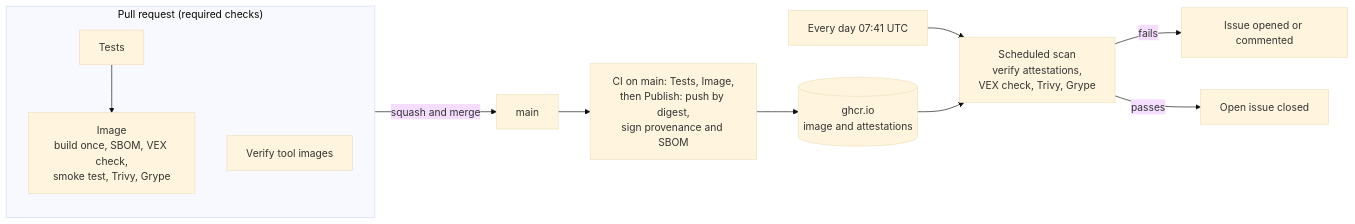
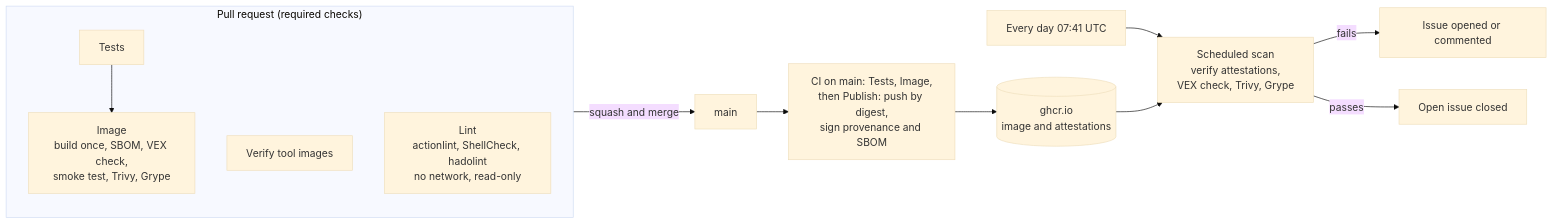
Before and after one commit to ian-k-rebelo/devops-pipeline-e2e: the diagram in docs/ci-security.md, drawn with Mermaid (base theme). The commit also changed other lines of this file and 4 other files, not shown here.

````diff
--- a/docs/ci-security.md
+++ b/docs/ci-security.md
@@ -9,14 +9,15 @@
 ```mermaid
 flowchart LR
   subgraph pr["Pull request (required checks)"]
     tests["Tests"] --> image["Image<br/>build once, SBOM, VEX check,<br/>smoke test, Trivy, Grype"]
     tools["Verify tool images"]
+    lint["Lint<br/>actionlint, ShellCheck, hadolint<br/>no network, read-only"]
   end
   pr -->|squash and merge| main["main"]
   main --> publish["CI on main: Tests, Image,<br/>then Publish: push by digest,<br/>sign provenance and SBOM"]
   publish --> ghcr[("ghcr.io<br/>image and attestations")]
   cron["Every day 07:41 UTC"] --> scan["Scheduled scan<br/>verify attestations,<br/>VEX check, Trivy, Grype"]
   ghcr --> scan
   scan -->|fails| issue["Issue opened or commented"]
   scan -->|passes| closed["Open issue closed"]
 ```
````
